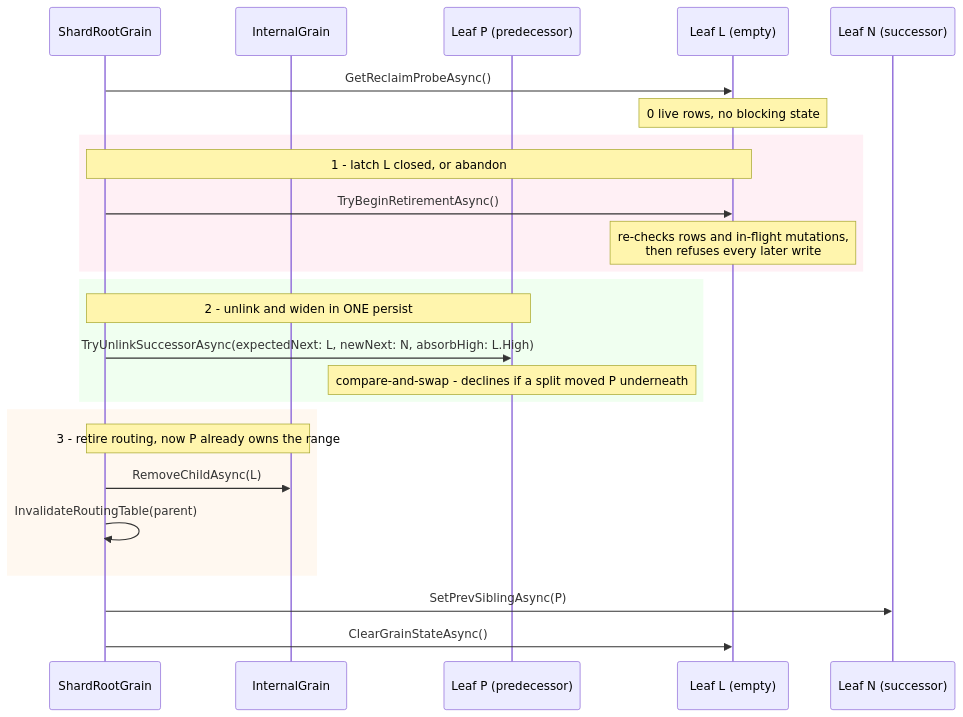
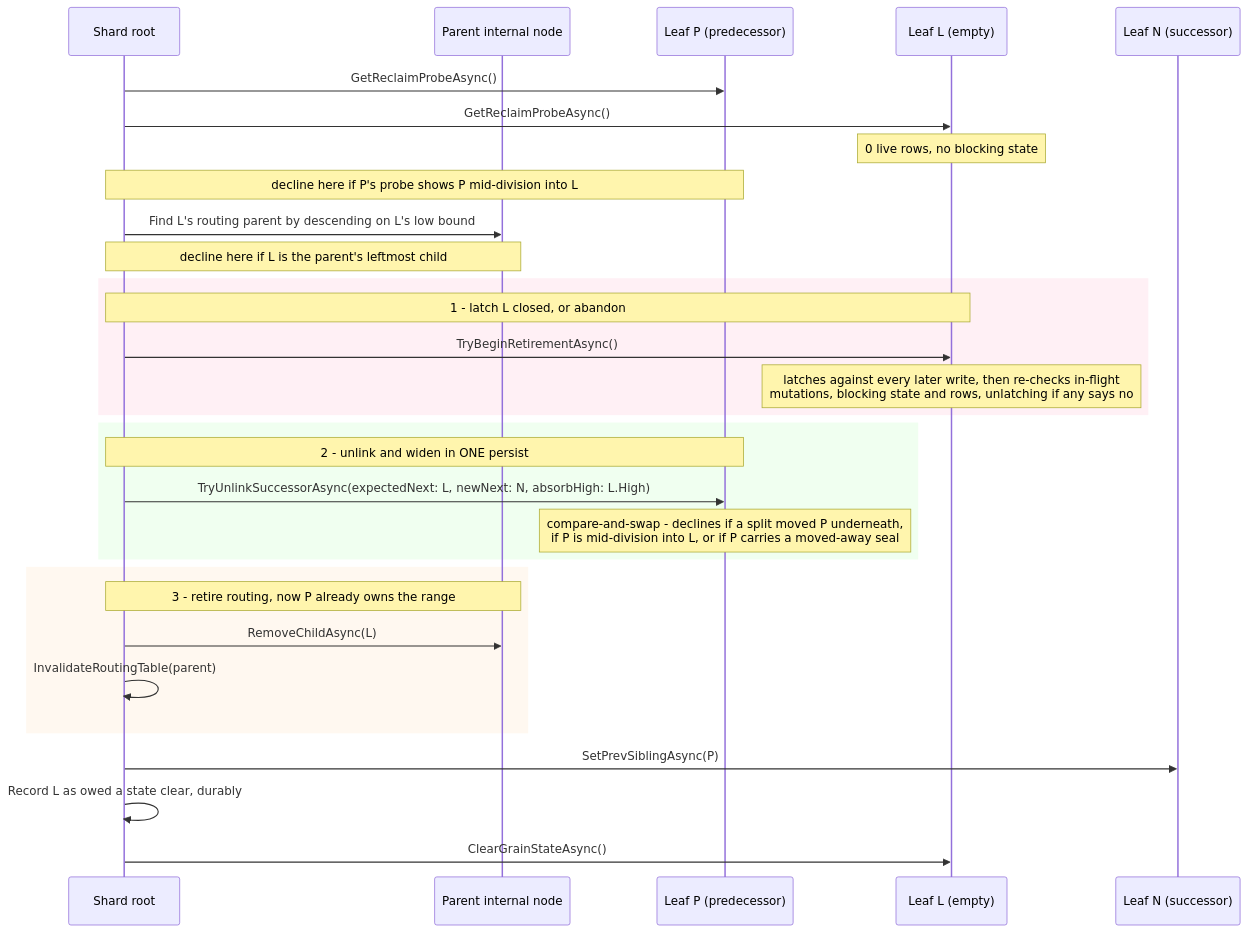
The fourth of 4 diagrams in docs/lattice/tree-structure.md (NSTA1/Orleans.Lattice), drawn with Mermaid before and after one commit. The commit also changed other lines of this file and 281 other files, not shown here.

````diff
--- a/docs/lattice/tree-structure.md
+++ b/docs/lattice/tree-structure.md
@@ -149,32 +158,37 @@
 ```mermaid
 sequenceDiagram
-    participant Root as ShardRootGrain
-    participant Parent as InternalGrain
+    participant Root as Shard root
+    participant Parent as Parent internal node
     participant Prev as Leaf P (predecessor)
     participant Leaf as Leaf L (empty)
     participant Next as Leaf N (successor)
 
+    Root->>Prev: GetReclaimProbeAsync()
     Root->>Leaf: GetReclaimProbeAsync()
     Note over Leaf: 0 live rows, no blocking state
+    Note over Root,Prev: decline here if P's probe shows P mid-division into L
+    Root->>Parent: Find L's routing parent by descending on L's low bound
+    Note over Root,Parent: decline here if L is the parent's leftmost child
 
     rect rgb(255, 240, 245)
     Note over Root,Leaf: 1 - latch L closed, or abandon
     Root->>Leaf: TryBeginRetirementAsync()
-    Note over Leaf: re-checks rows and in-flight mutations,<br/>then refuses every later write
+    Note over Leaf: latches against every later write, then re-checks in-flight<br/>mutations, blocking state and rows, unlatching if any says no
     end
 
     rect rgb(240, 255, 240)
     Note over Root,Prev: 2 - unlink and widen in ONE persist
     Root->>Prev: TryUnlinkSuccessorAsync(expectedNext: L, newNext: N, absorbHigh: L.High)
-    Note over Prev: compare-and-swap - declines if a split moved P underneath
+    Note over Prev: compare-and-swap - declines if a split moved P underneath,<br/>if P is mid-division into L, or if P carries a moved-away seal
     end
 
     rect rgb(255, 248, 240)
     Note over Root,Parent: 3 - retire routing, now P already owns the range
     Root->>Parent: RemoveChildAsync(L)
     Root->>Root: InvalidateRoutingTable(parent)
     end
 
     Root->>Next: SetPrevSiblingAsync(P)
+    Root->>Root: Record L as owed a state clear, durably
     Root->>Leaf: ClearGrainStateAsync()
 ```
````
